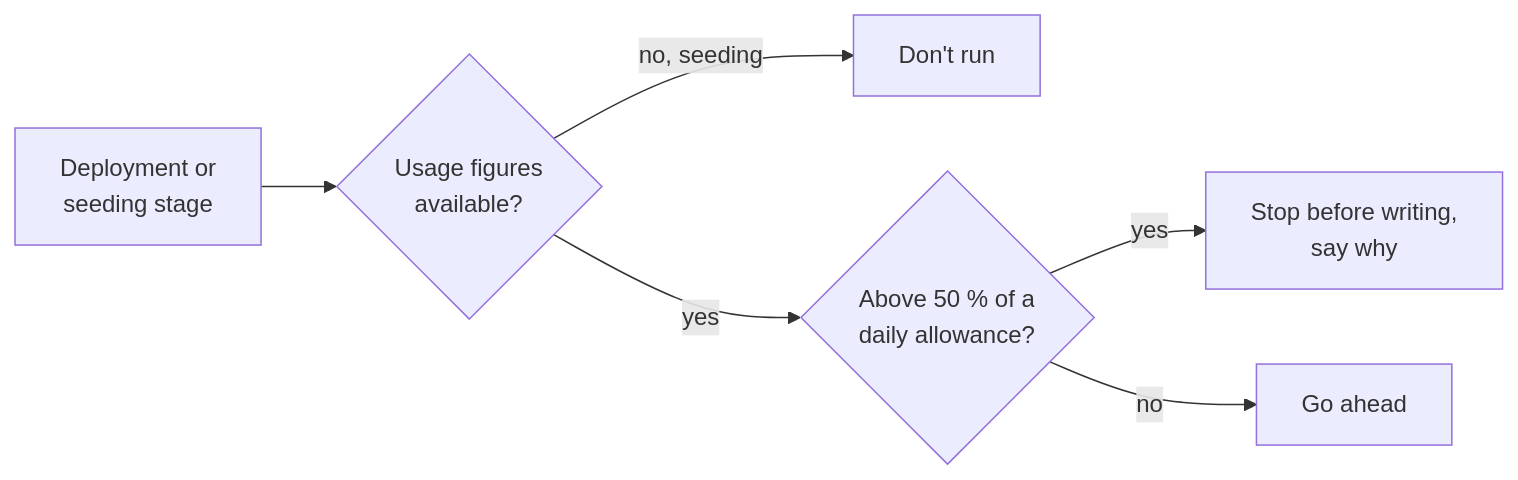
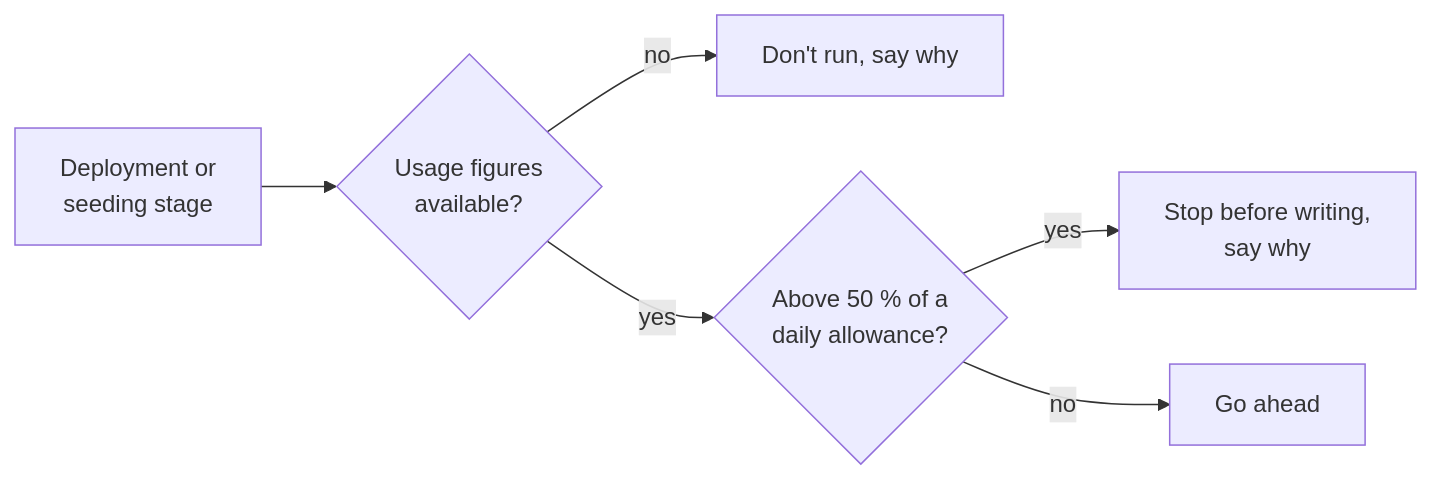
Before and after one commit to SaSteffen/RynkePoints: the eighth of 12 diagrams in docs/architecture-and-collaboration.md, drawn with Mermaid. The commit also changed other lines of this file and 3 other files, not shown here.

````diff
--- a/docs/architecture-and-collaboration.md
+++ b/docs/architecture-and-collaboration.md
@@ -316,8 +316,8 @@
 ```mermaid
 flowchart LR
     start["Deployment or<br/>seeding stage"] --> figures{"Usage figures<br/>available?"}
-    figures -- "no, seeding" --> stop1["Don't run"]
+    figures -- "no" --> stop1["Don't run, say why"]
     figures -- "yes" --> used{"Above 50 % of a<br/>daily allowance?"}
     used -- "yes" --> stop2["Stop before writing,<br/>say why"]
     used -- "no" --> go["Go ahead"]
 ```
````
